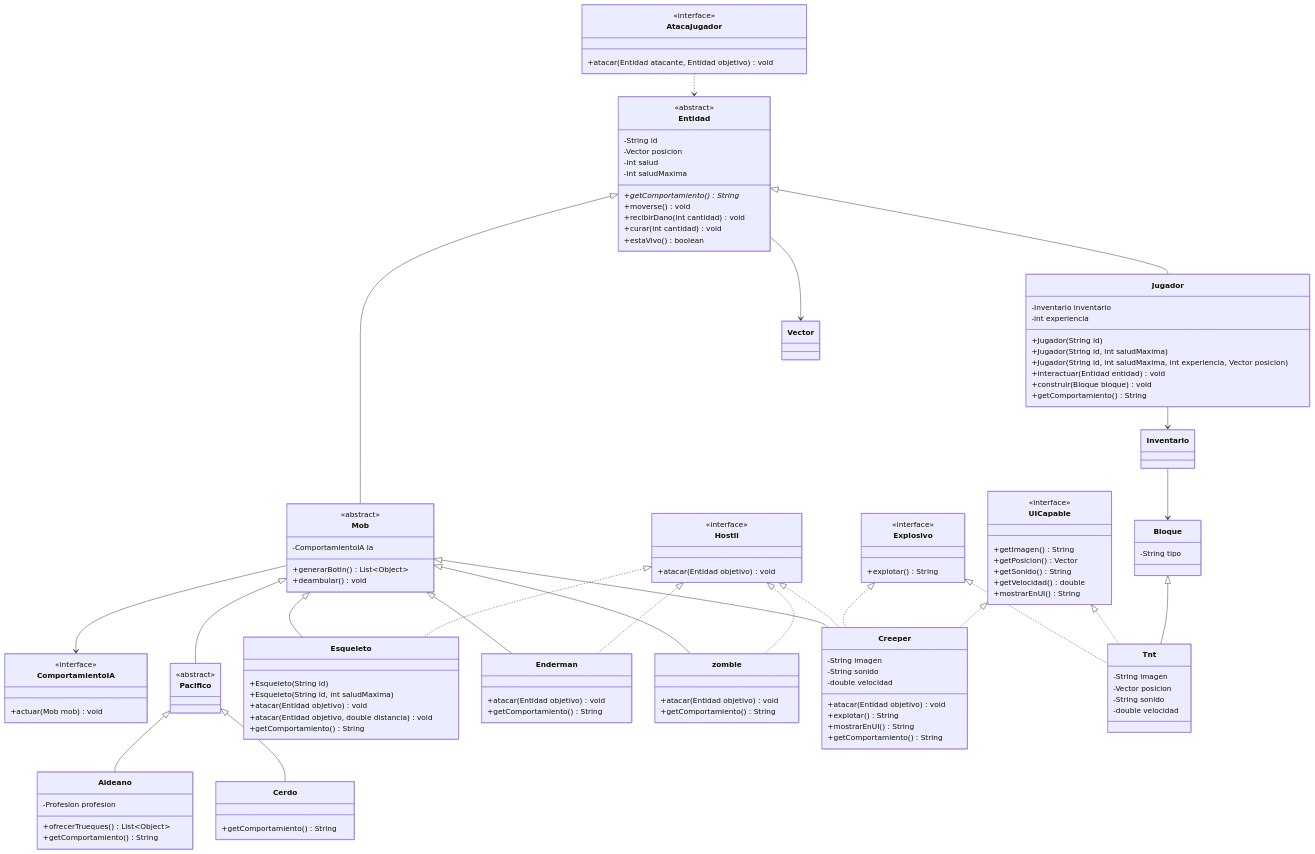
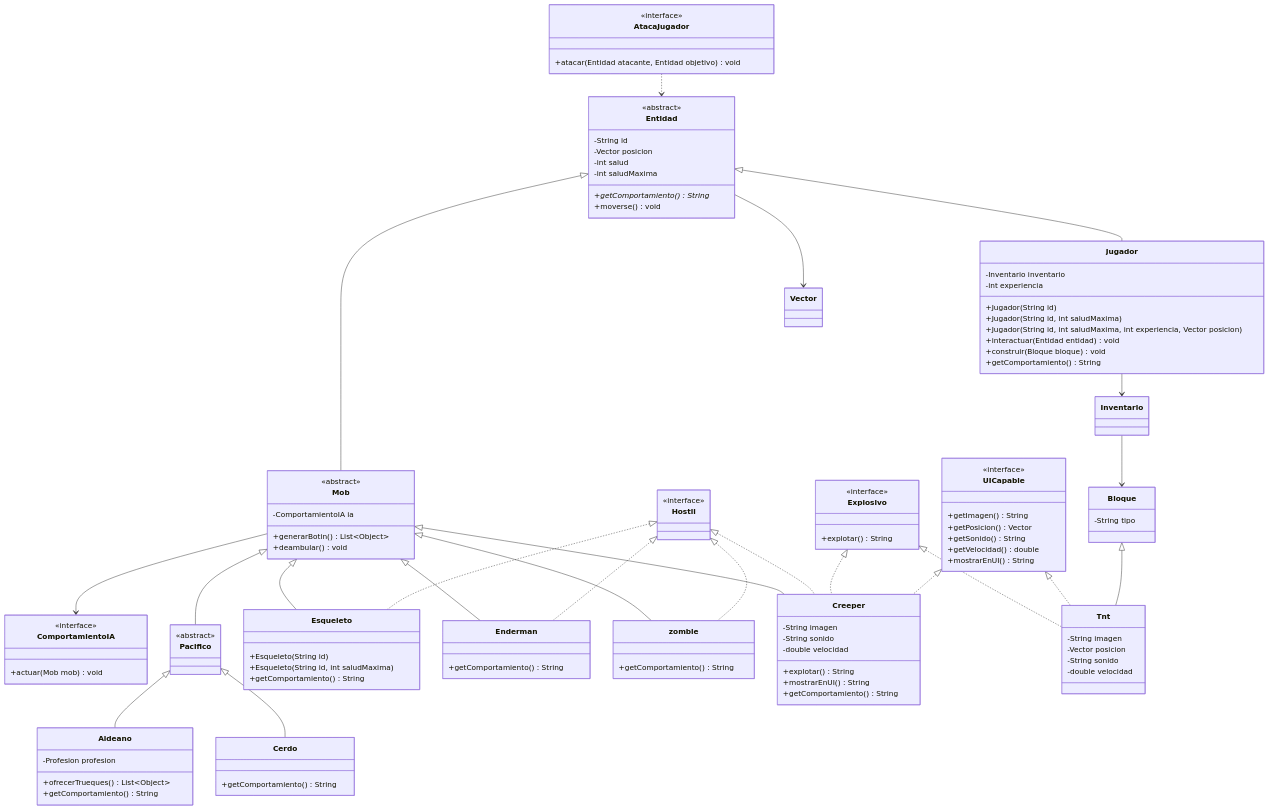
One commit to LucasFadul/lfadul-tp-lp3-2026 changed the first of 2 diagrams in README.md. Above: the diagram before and after it, drawn with Mermaid. The commit also changed other lines of this file and 54 other files, not shown here.

```diff
--- a/README.md
+++ b/README.md
@@ -37,9 +37,6 @@
         -int saludMaxima
         +getComportamiento() String*
         +moverse() void
-        +recibirDano(int cantidad) void
-        +curar(int cantidad) void
-        +estaVivo() boolean
     }
 
     class Jugador {
@@ -62,7 +59,6 @@
 
     class Hostil {
         <<interface>>
-        +atacar(Entidad objetivo) void
     }
 
     class ComportamientoIA {
@@ -96,18 +92,14 @@
     class Esqueleto {
         +Esqueleto(String id)
         +Esqueleto(String id, int saludMaxima)
-        +atacar(Entidad objetivo) void
-        +atacar(Entidad objetivo, double distancia) void
         +getComportamiento() String
     }
 
     class Enderman {
-        +atacar(Entidad objetivo) void
         +getComportamiento() String
     }
 
     class zombie {
-        +atacar(Entidad objetivo) void
         +getComportamiento() String
     }
 
@@ -115,7 +107,6 @@
         -String imagen
         -String sonido
         -double velocidad
-        +atacar(Entidad objetivo) void
         +explotar() String
         +mostrarEnUI() String
         +getComportamiento() String
```
